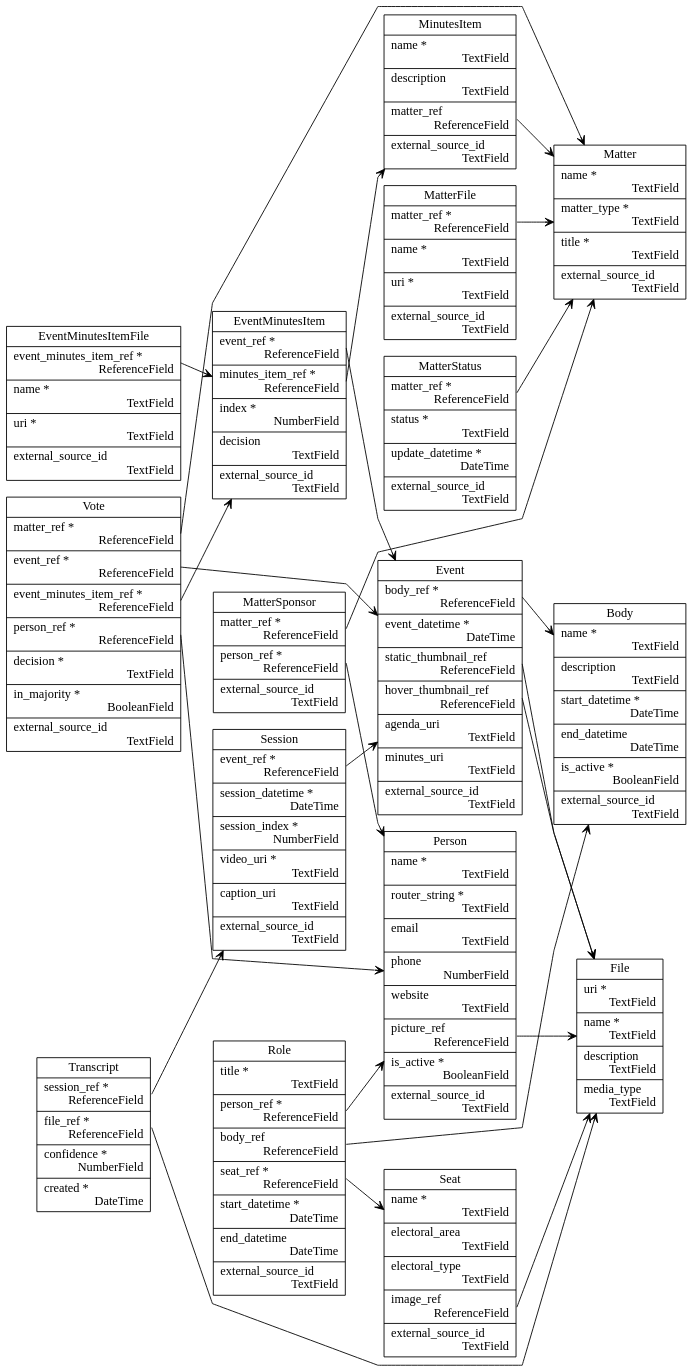
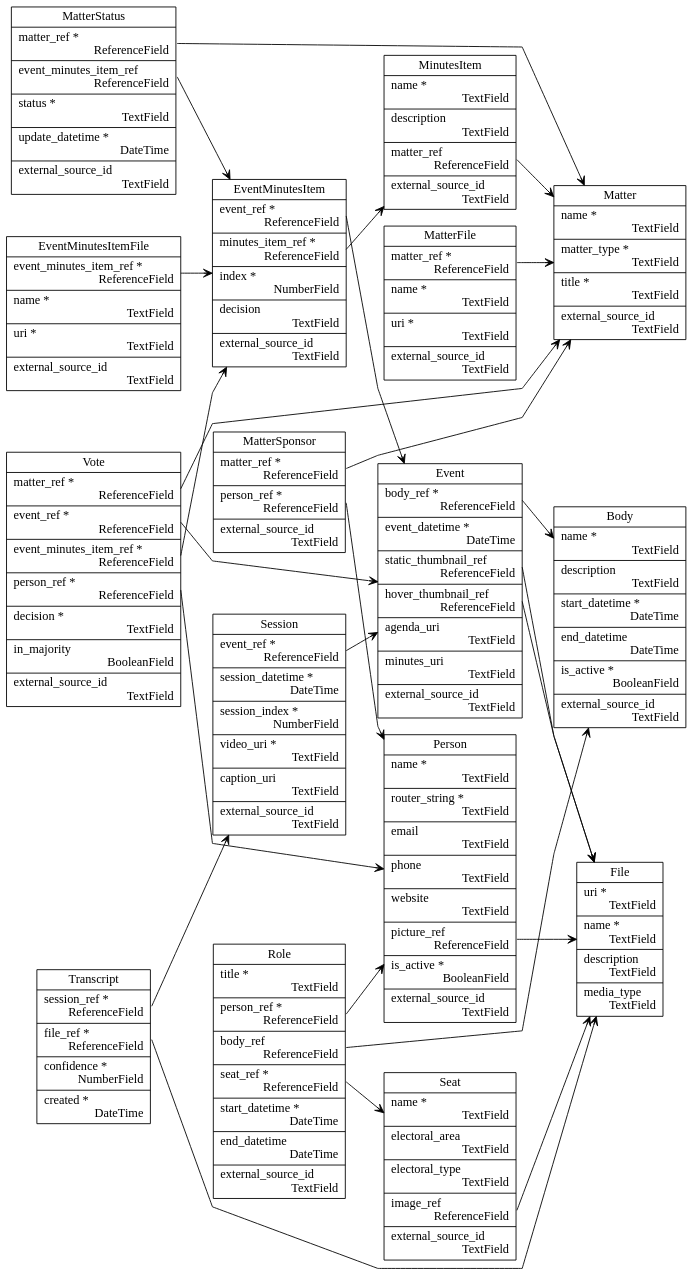
The diagram in _static/cdp_database_diagram.dot (CouncilDataProject/cdp-backend), drawn with Graphviz before and after one commit. The commit also changed 24 other files, not shown here.

```diff
--- a/_static/cdp_database_diagram.dot
+++ b/_static/cdp_database_diagram.dot
@@ -1,45 +1,46 @@
 // CDP Database Diagram
 digraph {
 	graph [bgcolor=transparent rankdir=LR splines=compound]
 	node [fillcolor=white shape=record style=filled]
 	edge [arrowhead=vee]
 	Body [label="Body | name *\l  TextField\r|description\l  TextField\r|start_datetime *\l  DateTime\r|end_datetime\l  DateTime\r|is_active *\l  BooleanField\r|external_source_id\l  TextField\r"]
 	Event [label="Event | <body_ref> body_ref *\l  ReferenceField\r|event_datetime *\l  DateTime\r|<static_thumbnail_ref> static_thumbnail_ref\l  ReferenceField\r|<hover_thumbnail_ref> hover_thumbnail_ref\l  ReferenceField\r|agenda_uri\l  TextField\r|minutes_uri\l  TextField\r|external_source_id\l  TextField\r"]
 	EventMinutesItem [label="EventMinutesItem | <event_ref> event_ref *\l  ReferenceField\r|<minutes_item_ref> minutes_item_ref *\l  ReferenceField\r|index *\l  NumberField\r|decision\l  TextField\r|external_source_id\l  TextField\r"]
 	EventMinutesItemFile [label="EventMinutesItemFile | <event_minutes_item_ref> event_minutes_item_ref *\l  ReferenceField\r|name *\l  TextField\r|uri *\l  TextField\r|external_source_id\l  TextField\r"]
 	File [label="File | uri *\l  TextField\r|name *\l  TextField\r|description\l  TextField\r|media_type\l  TextField\r"]
 	Matter [label="Matter | name *\l  TextField\r|matter_type *\l  TextField\r|title *\l  TextField\r|external_source_id\l  TextField\r"]
 	MatterFile [label="MatterFile | <matter_ref> matter_ref *\l  ReferenceField\r|name *\l  TextField\r|uri *\l  TextField\r|external_source_id\l  TextField\r"]
 	MatterSponsor [label="MatterSponsor | <matter_ref> matter_ref *\l  ReferenceField\r|<person_ref> person_ref *\l  ReferenceField\r|external_source_id\l  TextField\r"]
-	MatterStatus [label="MatterStatus | <matter_ref> matter_ref *\l  ReferenceField\r|status *\l  TextField\r|update_datetime *\l  DateTime\r|external_source_id\l  TextField\r"]
+	MatterStatus [label="MatterStatus | <matter_ref> matter_ref *\l  ReferenceField\r|<event_minutes_item_ref> event_minutes_item_ref\l  ReferenceField\r|status *\l  TextField\r|update_datetime *\l  DateTime\r|external_source_id\l  TextField\r"]
 	MinutesItem [label="MinutesItem | name *\l  TextField\r|description\l  TextField\r|<matter_ref> matter_ref\l  ReferenceField\r|external_source_id\l  TextField\r"]
-	Person [label="Person | name *\l  TextField\r|router_string *\l  TextField\r|email\l  TextField\r|phone\l  NumberField\r|website\l  TextField\r|<picture_ref> picture_ref\l  ReferenceField\r|is_active *\l  BooleanField\r|external_source_id\l  TextField\r"]
+	Person [label="Person | name *\l  TextField\r|router_string *\l  TextField\r|email\l  TextField\r|phone\l  TextField\r|website\l  TextField\r|<picture_ref> picture_ref\l  ReferenceField\r|is_active *\l  BooleanField\r|external_source_id\l  TextField\r"]
 	Role [label="Role | title *\l  TextField\r|<person_ref> person_ref *\l  ReferenceField\r|<body_ref> body_ref\l  ReferenceField\r|<seat_ref> seat_ref *\l  ReferenceField\r|start_datetime *\l  DateTime\r|end_datetime\l  DateTime\r|external_source_id\l  TextField\r"]
 	Seat [label="Seat | name *\l  TextField\r|electoral_area\l  TextField\r|electoral_type\l  TextField\r|<image_ref> image_ref\l  ReferenceField\r|external_source_id\l  TextField\r"]
 	Session [label="Session | <event_ref> event_ref *\l  ReferenceField\r|session_datetime *\l  DateTime\r|session_index *\l  NumberField\r|video_uri *\l  TextField\r|caption_uri\l  TextField\r|external_source_id\l  TextField\r"]
 	Transcript [label="Transcript | <session_ref> session_ref *\l  ReferenceField\r|<file_ref> file_ref *\l  ReferenceField\r|confidence *\l  NumberField\r|created *\l  DateTime\r"]
-	Vote [label="Vote | <matter_ref> matter_ref *\l  ReferenceField\r|<event_ref> event_ref *\l  ReferenceField\r|<event_minutes_item_ref> event_minutes_item_ref *\l  ReferenceField\r|<person_ref> person_ref *\l  ReferenceField\r|decision *\l  TextField\r|in_majority *\l  BooleanField\r|external_source_id\l  TextField\r"]
+	Vote [label="Vote | <matter_ref> matter_ref *\l  ReferenceField\r|<event_ref> event_ref *\l  ReferenceField\r|<event_minutes_item_ref> event_minutes_item_ref *\l  ReferenceField\r|<person_ref> person_ref *\l  ReferenceField\r|decision *\l  TextField\r|in_majority\l  BooleanField\r|external_source_id\l  TextField\r"]
 	Event:body_ref -> Body
 	Event:static_thumbnail_ref -> File
 	Event:hover_thumbnail_ref -> File
 	EventMinutesItem:event_ref -> Event
 	EventMinutesItem:minutes_item_ref -> MinutesItem
 	EventMinutesItemFile:event_minutes_item_ref -> EventMinutesItem
 	MatterFile:matter_ref -> Matter
 	MatterSponsor:matter_ref -> Matter
 	MatterSponsor:person_ref -> Person
 	MatterStatus:matter_ref -> Matter
+	MatterStatus:event_minutes_item_ref -> EventMinutesItem
 	MinutesItem:matter_ref -> Matter
 	Person:picture_ref -> File
 	Role:person_ref -> Person
 	Role:body_ref -> Body
 	Role:seat_ref -> Seat
 	Seat:image_ref -> File
 	Session:event_ref -> Event
 	Transcript:session_ref -> Session
 	Transcript:file_ref -> File
 	Vote:matter_ref -> Matter
 	Vote:event_ref -> Event
 	Vote:event_minutes_item_ref -> EventMinutesItem
 	Vote:person_ref -> Person
 }
```
